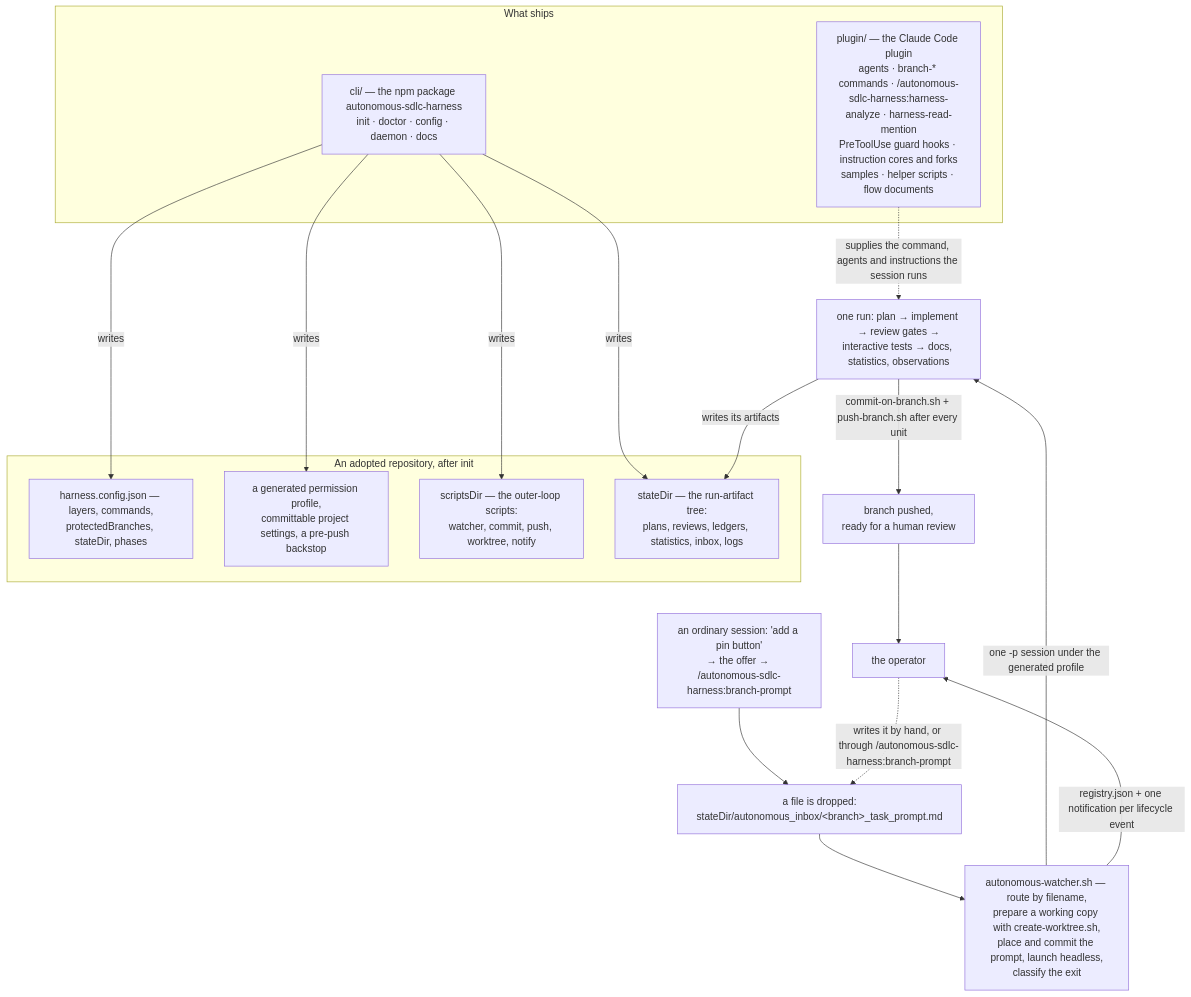
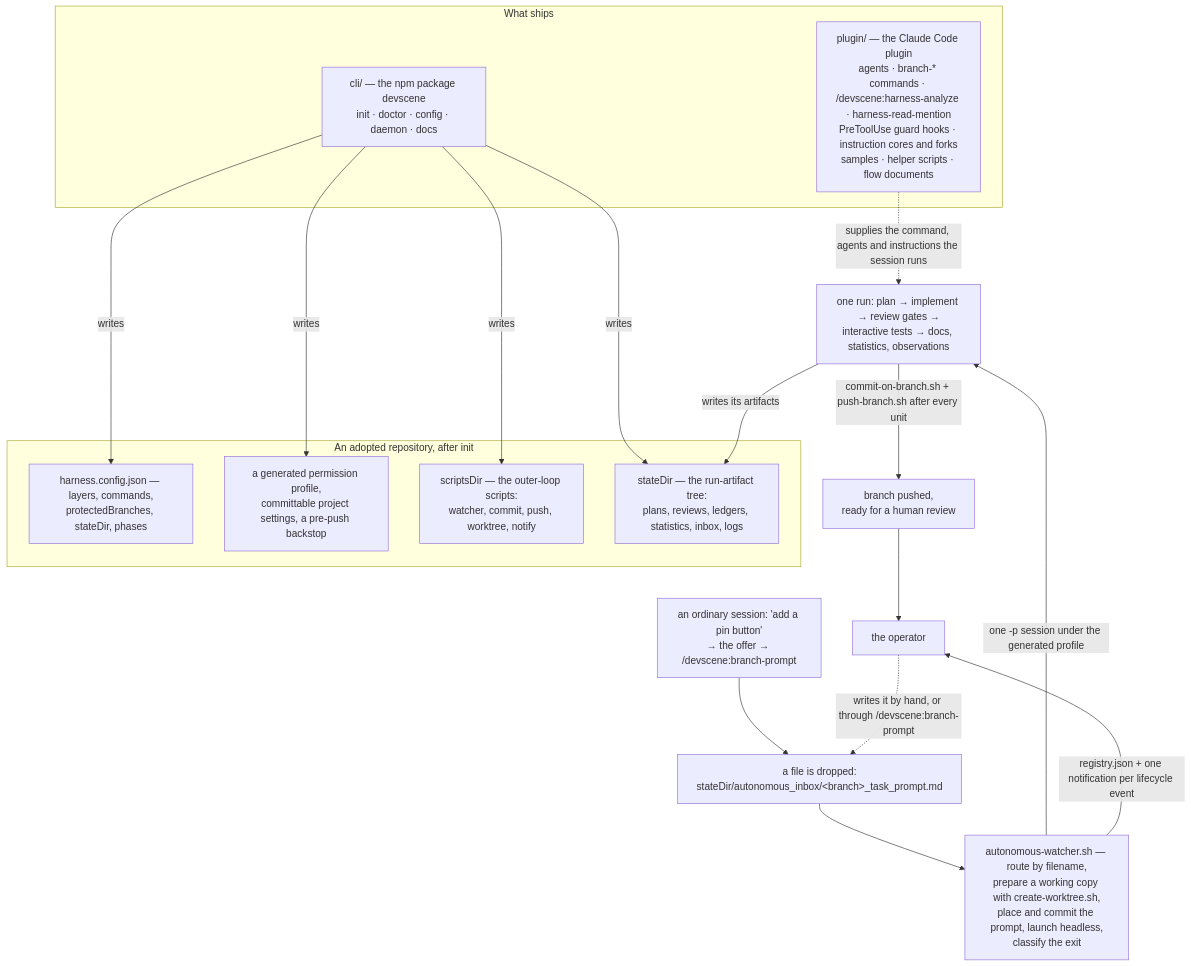
One commit to firu-daniel/autonomous-sdlc-harness changed the diagram in README.md. Above: the diagram before and after it, drawn with Mermaid. The commit also changed other lines of this file and 3 other files, not shown here.

Commit message:
chore: Retitle and respell README.md, ARCHITECTURE.md and ROADMAP.md

````diff
--- a/README.md
+++ b/README.md
@@ -52,28 +52,28 @@
 ```mermaid
 flowchart TB
   subgraph ship["What ships"]
-    P["plugin/ — the Claude Code plugin<br/>agents · branch-* commands · /autonomous-sdlc-harness:harness-analyze · harness-read-mention<br/>PreToolUse guard hooks · instruction cores and forks<br/>samples · helper scripts · flow documents"]
-    C["cli/ — the npm package autonomous-sdlc-harness<br/>init · doctor · config · daemon · docs"]
+    P["plugin/ — the Claude Code plugin<br/>agents · branch-* commands · /devscene:harness-analyze · harness-read-mention<br/>PreToolUse guard hooks · instruction cores and forks<br/>samples · helper scripts · flow documents"]
+    C["cli/ — the npm package devscene<br/>init · doctor · config · daemon · docs"]
   end
   subgraph repo["An adopted repository, after init"]
     CFG["harness.config.json — layers, commands,<br/>protectedBranches, stateDir, phases"]
     PROF["a generated permission profile,<br/>committable project settings, a pre-push backstop"]
     SCR["scriptsDir — the outer-loop scripts:<br/>watcher, commit, push, worktree, notify"]
     ST["stateDir — the run-artifact tree:<br/>plans, reviews, ledgers, statistics, inbox, logs"]
   end
   C -->|writes| CFG
   C -->|writes| PROF
   C -->|writes| SCR
   C -->|writes| ST
   D["a file is dropped:<br/>stateDir/autonomous_inbox/&lt;branch&gt;_task_prompt.md"] --> W
-  ASK["an ordinary session: 'add a pin button'<br/>→ the offer → /autonomous-sdlc-harness:branch-prompt"] --> D
-  N -.->|"writes it by hand, or through /autonomous-sdlc-harness:branch-prompt"| D
+  ASK["an ordinary session: 'add a pin button'<br/>→ the offer → /devscene:branch-prompt"] --> D
+  N -.->|"writes it by hand, or through /devscene:branch-prompt"| D
   W["autonomous-watcher.sh — route by filename,<br/>prepare a working copy with create-worktree.sh,<br/>place and commit the prompt, launch headless,<br/>classify the exit"]
   W -->|"one -p session under the generated profile"| E
   P -.->|"supplies the command, agents and instructions the session runs"| E
   E["one run: plan → implement → review gates →<br/>interactive tests → docs, statistics, observations"]
   E -->|"commit-on-branch.sh + push-branch.sh after every unit"| B["branch pushed,<br/>ready for a human review"]
   E -->|"writes its artifacts"| ST
   W -->|"registry.json + one notification per lifecycle event"| N["the operator"]
   B --> N
 ```
````
